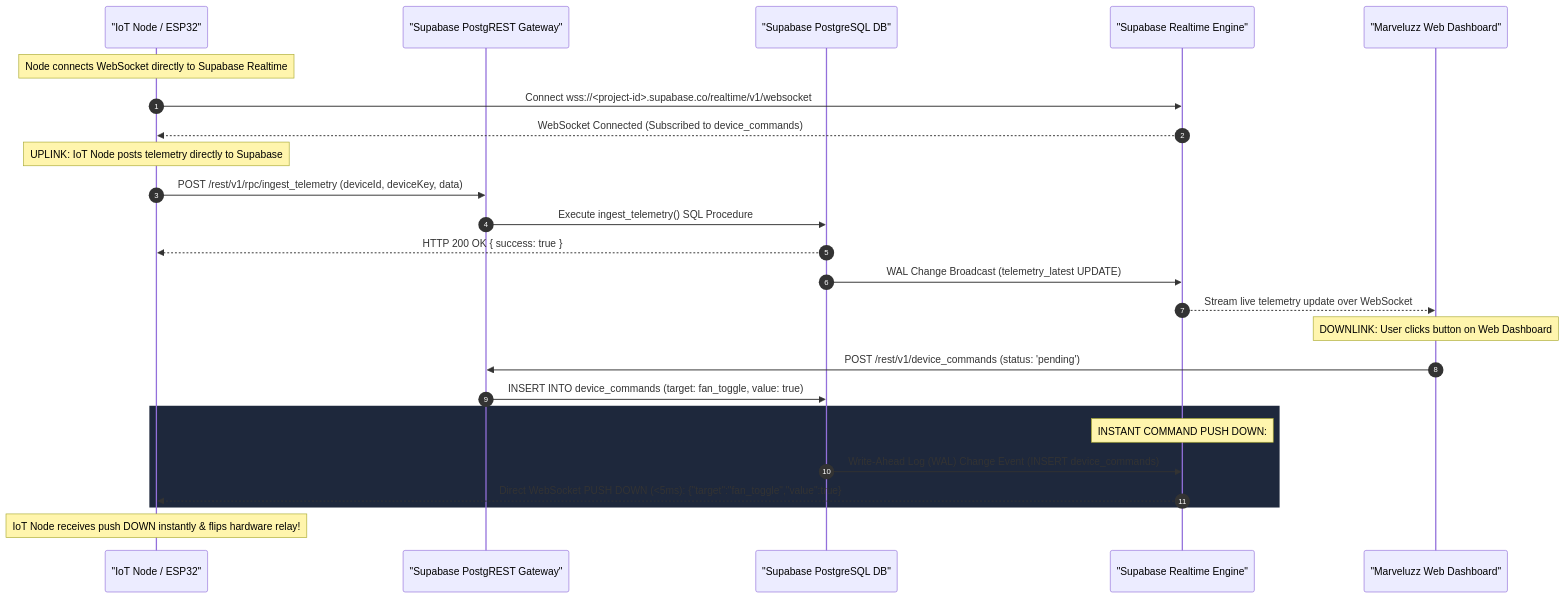
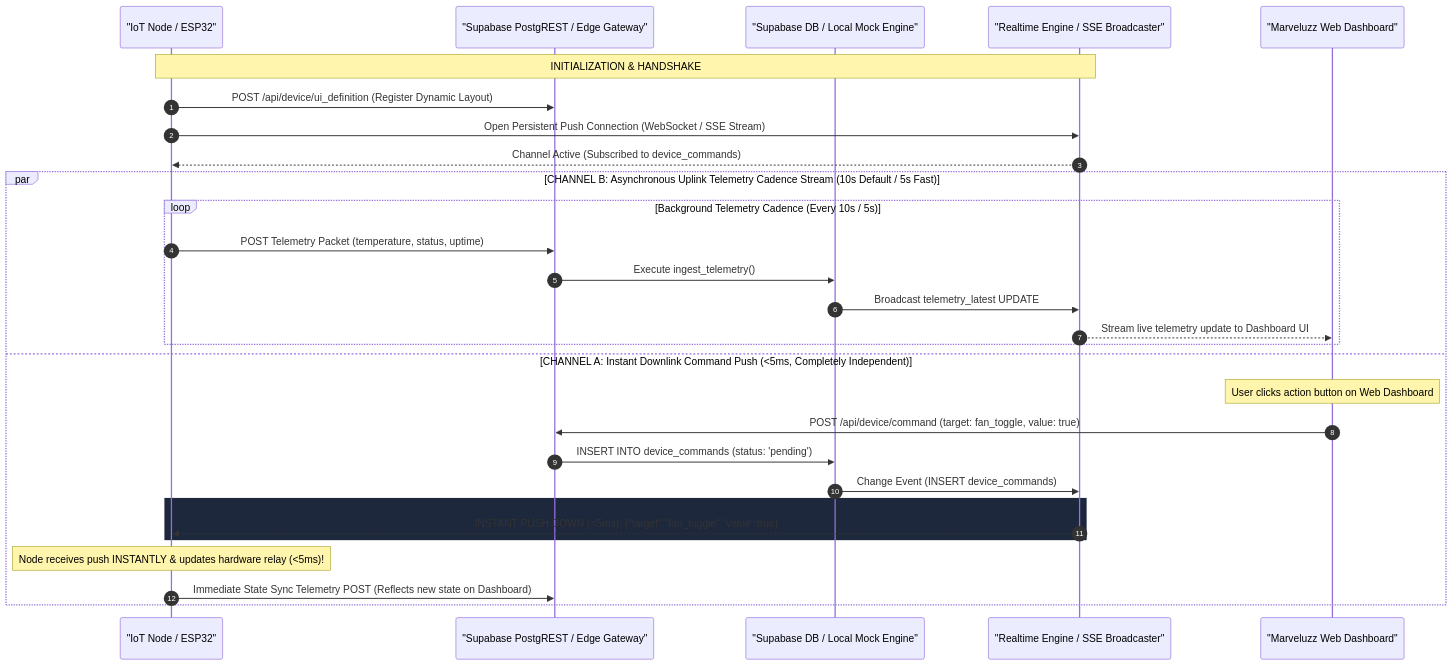
The fifth of 7 diagrams in spec.md (psytrap/marveluzz-hub), drawn with Mermaid before and after one commit. The commit also changed other lines of this file and 5 other files, not shown here.

````diff
--- a/spec.md
+++ b/spec.md
@@ -209,32 +209,33 @@
 ```mermaid
 sequenceDiagram
     autonumber
     participant Node as "IoT Node / ESP32"
-    participant PostgREST as "Supabase PostgREST Gateway"
-    participant DB as "Supabase PostgreSQL DB"
-    participant Realtime as "Supabase Realtime Engine"
+    participant Gateway as "Supabase PostgREST / Edge Gateway"
+    participant DB as "Supabase DB / Local Mock Engine"
+    participant PushChannel as "Realtime Engine / SSE Broadcaster"
     participant Dashboard as "Marveluzz Web Dashboard"
 
-    Note over Node: Node connects WebSocket directly to Supabase Realtime
-    Node->>Realtime: Connect wss://<project-id>.supabase.co/realtime/v1/websocket
-    Realtime-->>Node: WebSocket Connected (Subscribed to device_commands)
+    Note over Node, PushChannel: INITIALIZATION & HANDSHAKE
+    Node->>Gateway: POST /api/device/ui_definition (Register Dynamic Layout)
+    Node->>PushChannel: Open Persistent Push Connection (WebSocket / SSE Stream)
+    PushChannel-->>Node: Channel Active (Subscribed to device_commands)
 
-    Note over Node: UPLINK: IoT Node posts telemetry directly to Supabase
-    Node->>PostgREST: POST /rest/v1/rpc/ingest_telemetry (deviceId, deviceKey, data)
-    PostgREST->>DB: Execute ingest_telemetry() SQL Procedure
-    DB-->>Node: HTTP 200 OK { success: true }
-    DB->>Realtime: WAL Change Broadcast (telemetry_latest UPDATE)
-    Realtime-->>Dashboard: Stream live telemetry update over WebSocket
-
-    Note over Dashboard: DOWNLINK: User clicks button on Web Dashboard
-    Dashboard->>PostgREST: POST /rest/v1/device_commands (status: 'pending')
-    PostgREST->>DB: INSERT INTO device_commands (target: fan_toggle, value: true)
-    
-    rect rgb(30, 40, 60)
-        Note over Realtime: INSTANT COMMAND PUSH DOWN:
-        DB->>Realtime: Write-Ahead Log (WAL) Change Event (INSERT device_commands)
-        Realtime-->>Node: Direct WebSocket PUSH DOWN (<5ms): {"target":"fan_toggle","value":true}
+    par CHANNEL B: Asynchronous Uplink Telemetry Cadence Stream (10s Default / 5s Fast)
+        loop Background Telemetry Cadence (Every 10s / 5s)
+            Node->>Gateway: POST Telemetry Packet (temperature, status, uptime)
+            Gateway->>DB: Execute ingest_telemetry()
+            DB->>PushChannel: Broadcast telemetry_latest UPDATE
+            PushChannel-->>Dashboard: Stream live telemetry update to Dashboard UI
+        end
+    and CHANNEL A: Instant Downlink Command Push (<5ms, Completely Independent)
+        Note over Dashboard: User clicks action button on Web Dashboard
+        Dashboard->>Gateway: POST /api/device/command (target: fan_toggle, value: true)
+        Gateway->>DB: INSERT INTO device_commands (status: 'pending')
+        DB->>PushChannel: Change Event (INSERT device_commands)
+        rect rgb(30, 40, 60)
+            PushChannel-->>Node: INSTANT PUSH DOWN (<5ms): {"target":"fan_toggle","value":true}
+        end
+        Note over Node: Node receives push INSTANTLY & updates hardware relay (<5ms)!
+        Node->>Gateway: Immediate State Sync Telemetry POST (Reflects new state on Dashboard)
     end
-
-    Note over Node: IoT Node receives push DOWN instantly & flips hardware relay!
 ```
````
